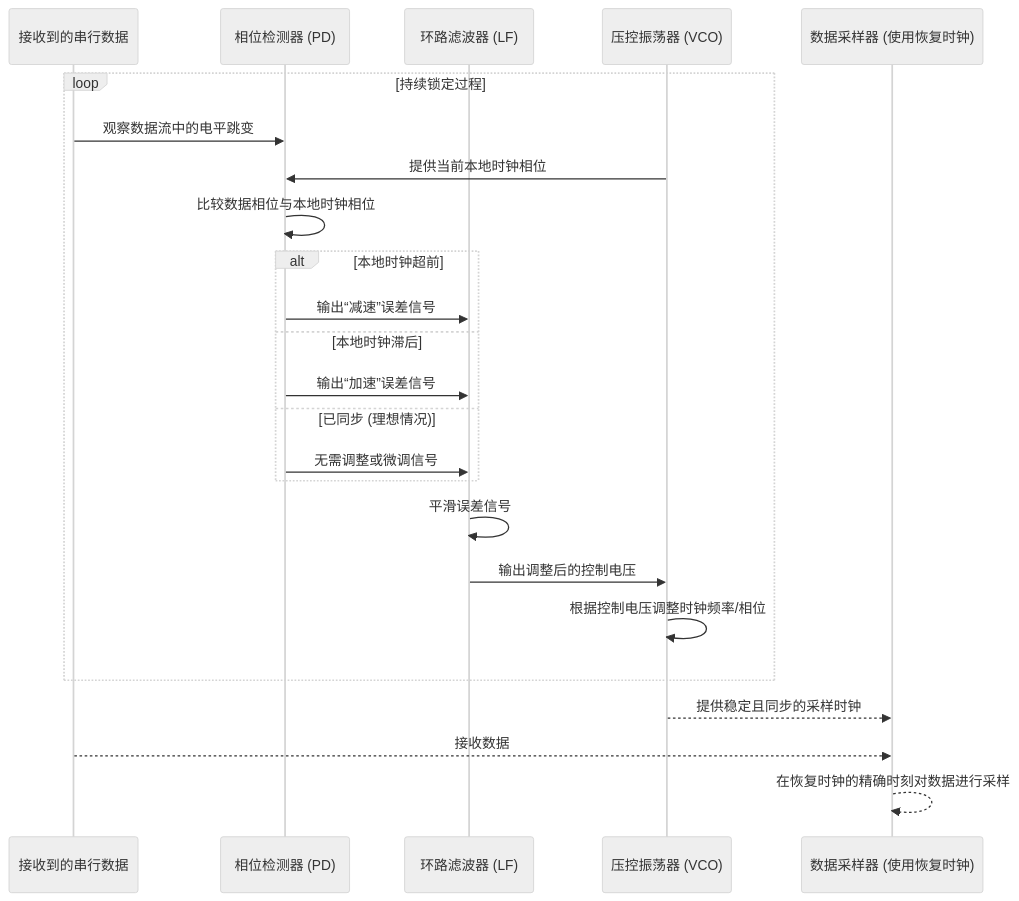
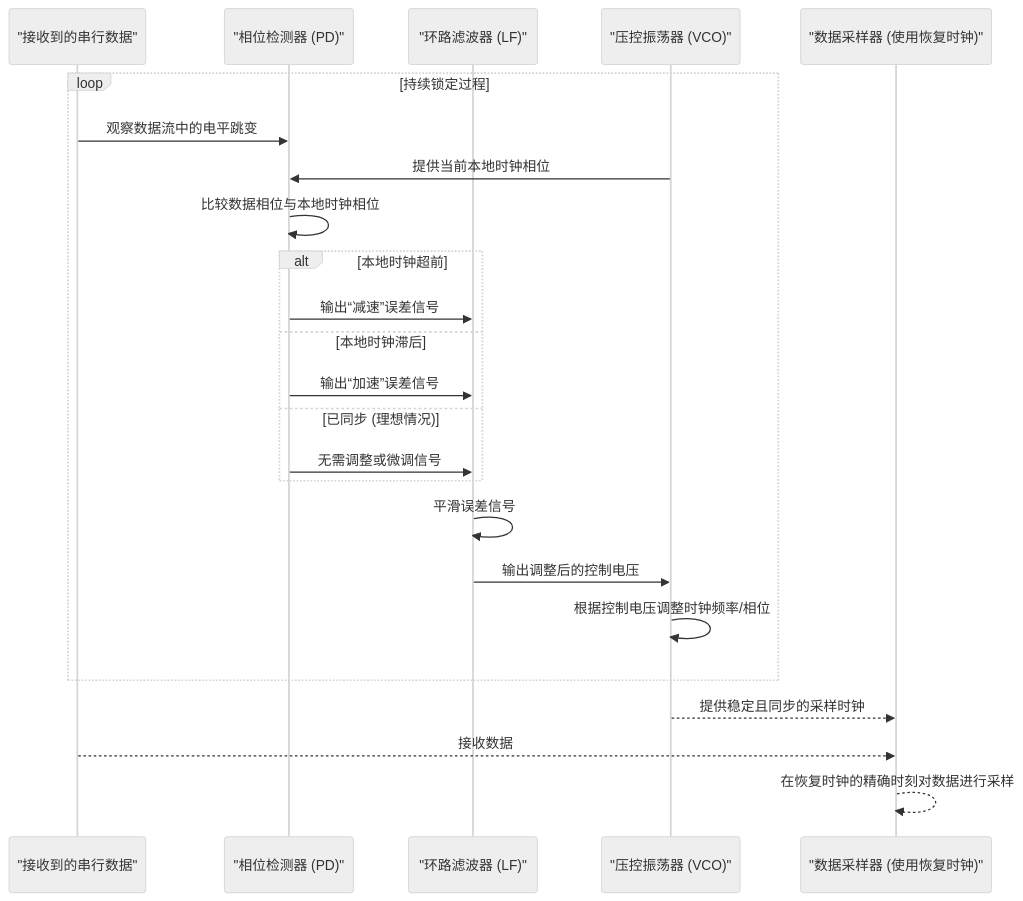
One commit to jueshi/PocketFlow-Tutorial-Codebase-Knowledge changed the second of 2 diagrams in output/Serializer_Deserializer_Component_Design/03_时钟数据恢复__cdr__.md. Above: the diagram before and after it, drawn with Mermaid (neutral theme). The commit also changed other lines of this file and 282 other files, not shown here.

````diff
--- a/output/Serializer_Deserializer_Component_Design/03_时钟数据恢复__cdr__.md
+++ b/output/Serializer_Deserializer_Component_Design/03_时钟数据恢复__cdr__.md
@@ -67,27 +67,27 @@
 ```mermaid
 sequenceDiagram
-    participant DataIn as 接收到的串行数据
-    participant PD as 相位检测器 (PD)
-    participant LF as 环路滤波器 (LF)
-    participant VCO as 压控振荡器 (VCO)
-    participant Sampler as 数据采样器 (使用恢复时钟)
+    participant DataIn as "接收到的串行数据"
+    participant PD as "相位检测器 (PD)"
+    participant LF as "环路滤波器 (LF)"
+    participant VCO as "压控振荡器 (VCO)"
+    participant Sampler as "数据采样器 (使用恢复时钟)"
 
     loop 持续锁定过程
         DataIn->>PD: 观察数据流中的电平跳变
         VCO->>PD: 提供当前本地时钟相位
         PD->>PD: 比较数据相位与本地时钟相位
         alt 本地时钟超前
             PD->>LF: 输出“减速”误差信号
         else 本地时钟滞后
             PD->>LF: 输出“加速”误差信号
         else 已同步 (理想情况)
             PD->>LF: 无需调整或微调信号
         end
         LF->>LF: 平滑误差信号
         LF->>VCO: 输出调整后的控制电压
         VCO->>VCO: 根据控制电压调整时钟频率/相位
     end
     VCO-->>Sampler: 提供稳定且同步的采样时钟
     DataIn-->>Sampler: 接收数据
     Sampler-->>Sampler: 在恢复时钟的精确时刻对数据进行采样
 ```
````
